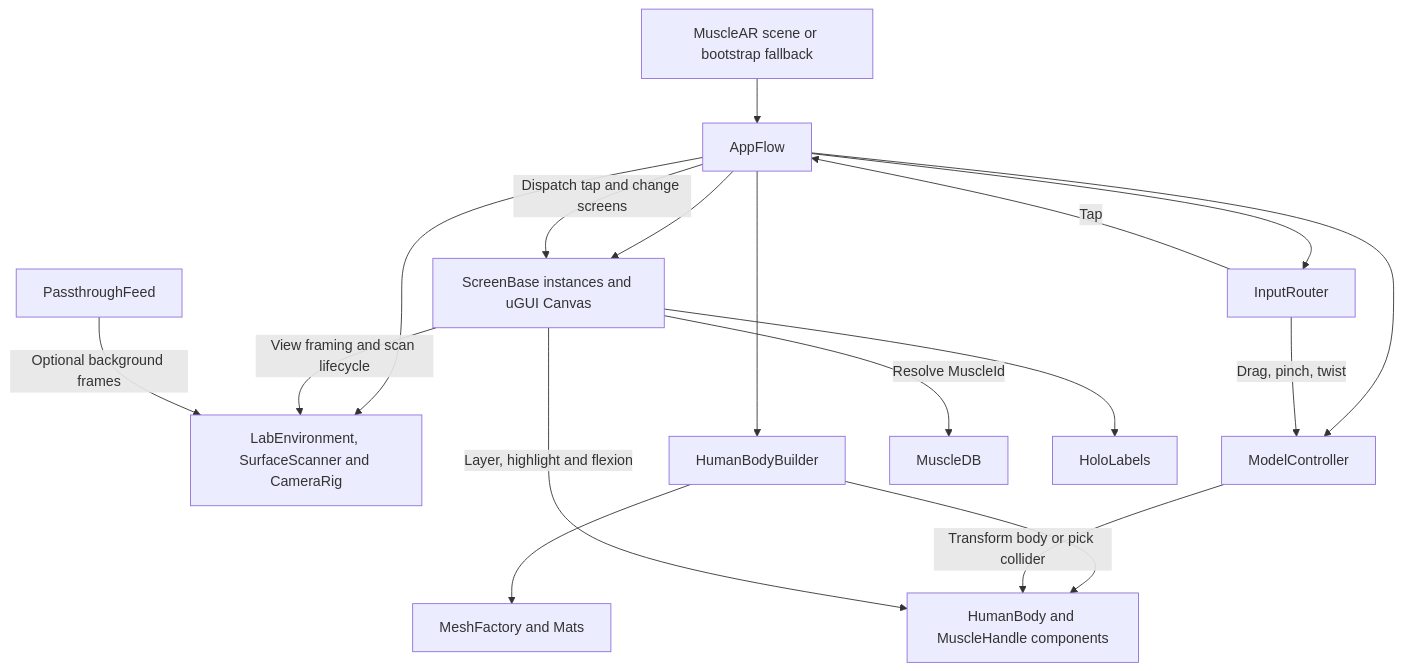
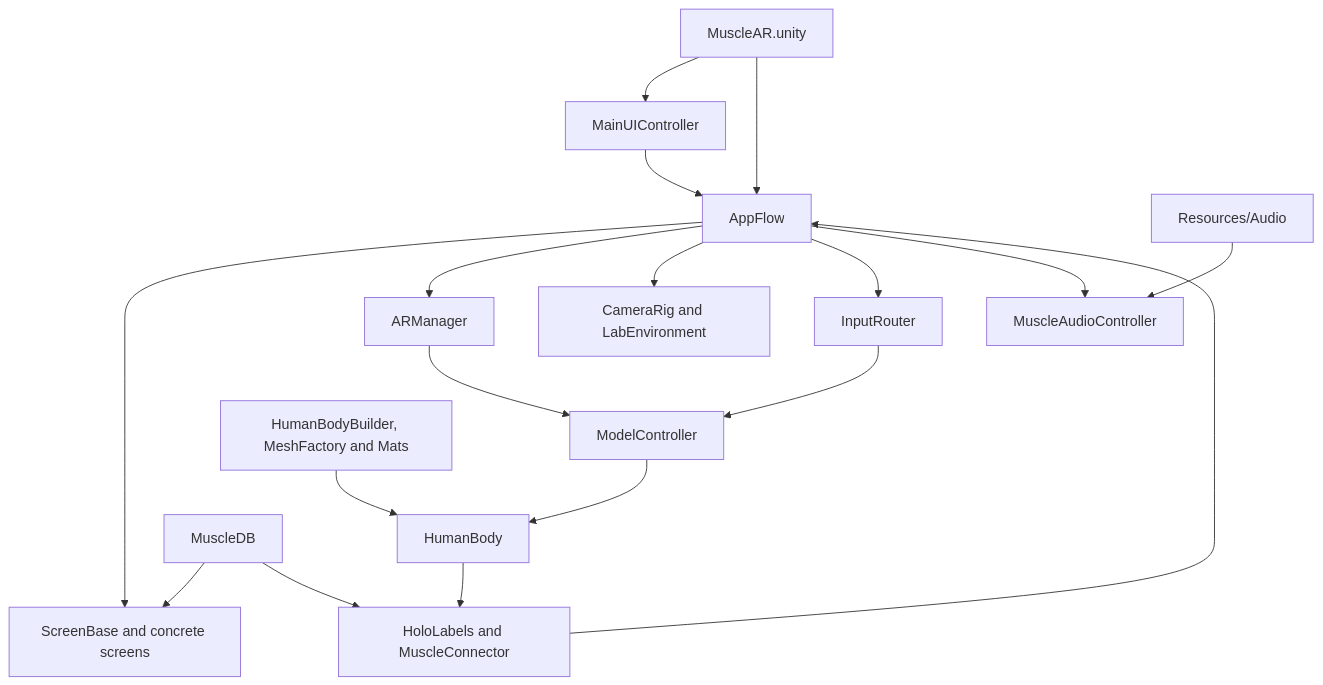
The second of 3 diagrams in PROJECT_REPORT.md (AkshitaJ0904/MuscleAR-Unity), drawn with Mermaid before and after one commit. The commit also changed other lines of this file and 148 other files, not shown here.

````diff
--- a/PROJECT_REPORT.md
+++ b/PROJECT_REPORT.md
@@ -96,20 +116,20 @@
 ```mermaid
-flowchart TD
-    Scene["MuscleAR scene or bootstrap fallback"] --> Flow["AppFlow"]
-    Flow --> Screen["ScreenBase instances and uGUI Canvas"]
-    Flow --> Lab["LabEnvironment, SurfaceScanner and CameraRig"]
-    Flow --> Build["HumanBodyBuilder"]
-    Build --> Mesh["MeshFactory and Mats"]
-    Build --> Body["HumanBody and MuscleHandle components"]
-    Flow --> Model["ModelController"]
-    Flow --> Router["InputRouter"]
-    Router -->|"Drag, pinch, twist"| Model
-    Router -->|"Tap"| Flow
-    Flow -->|"Dispatch tap and change screens"| Screen
-    Model -->|"Transform body or pick collider"| Body
-    Screen -->|"Resolve MuscleId"| DB["MuscleDB"]
-    Screen -->|"Layer, highlight and flexion"| Body
-    Screen -->|"View framing and scan lifecycle"| Lab
-    Feed["PassthroughFeed"] -->|"Optional background frames"| Lab
-    Screen --> Labels["HoloLabels"]
+flowchart TB
+    SC["MuscleAR.unity"] --> UI["MainUIController"]
+    SC --> Flow["AppFlow"]
+    UI --> Flow
+    Flow --> Screens["ScreenBase and concrete screens"]
+    Flow --> AR["ARManager"]
+    Flow --> Lab["CameraRig and LabEnvironment"]
+    Flow --> Input["InputRouter"]
+    Input --> Model["ModelController"]
+    AR --> Model
+    Builder["HumanBodyBuilder, MeshFactory and Mats"] --> Body["HumanBody"]
+    Model --> Body
+    Body --> Labels["HoloLabels and MuscleConnector"]
+    Labels --> Flow
+    Flow --> Audio["MuscleAudioController"]
+    DB["MuscleDB"] --> Screens
+    DB --> Labels
+    Clips["Resources/Audio"] --> Audio
 ```
````
